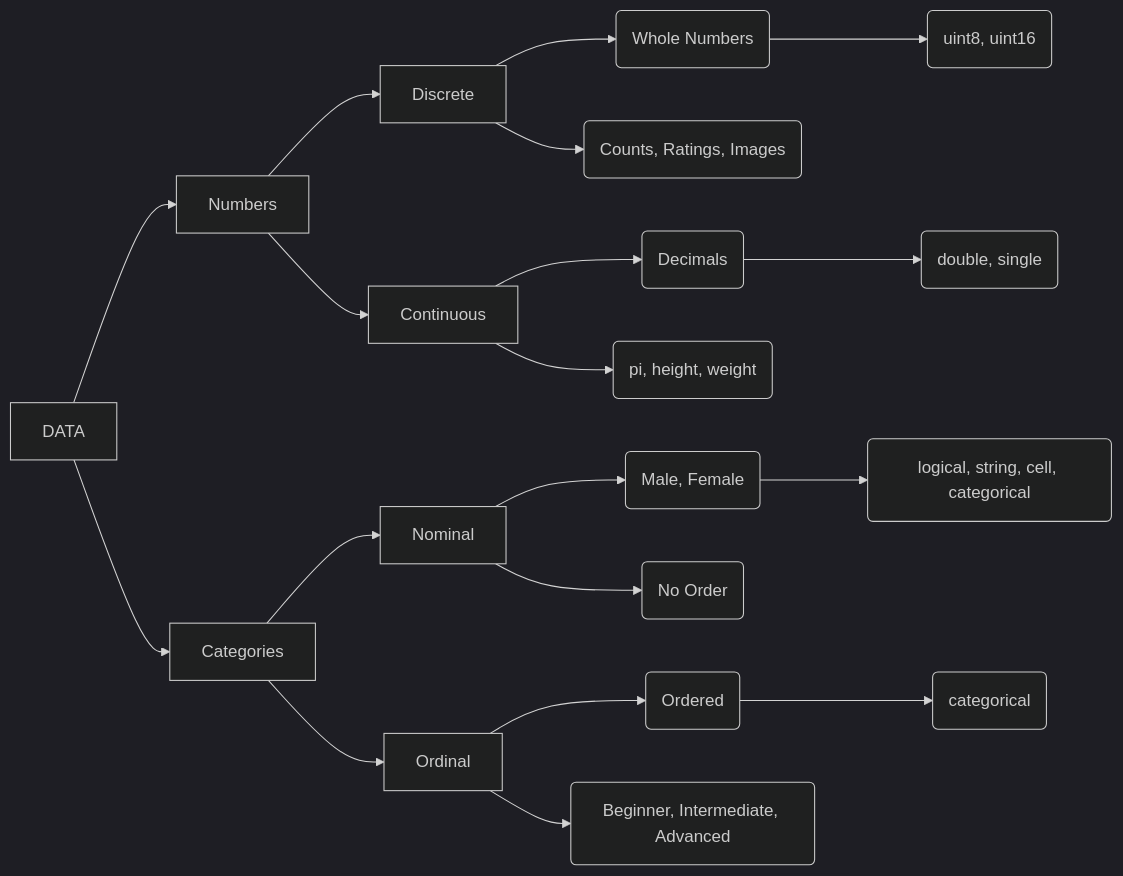
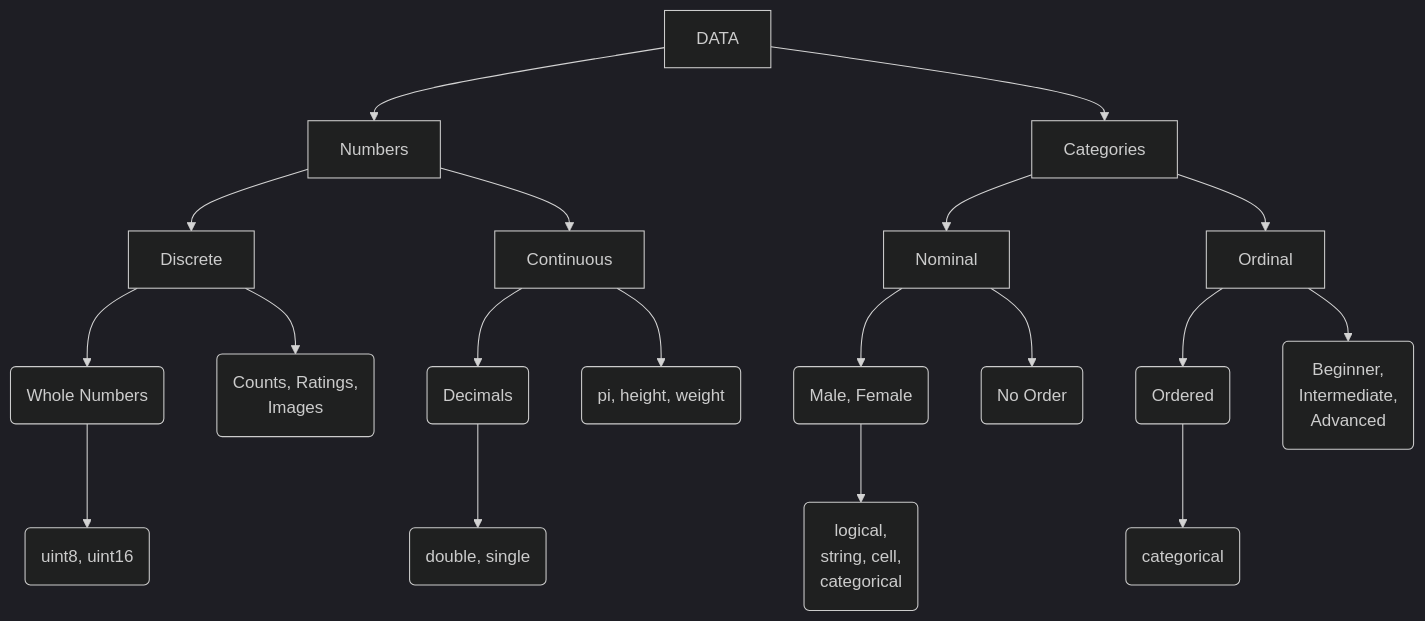
The diagram in docs/dataWrangling/dataTypes.md (salcedoe/MtMdocs), drawn with Mermaid (dark theme) before and after one commit. The commit also changed other lines of this file and 3 other files, not shown here.

````diff
--- a/docs/dataWrangling/dataTypes.md
+++ b/docs/dataWrangling/dataTypes.md
@@ -12,21 +12,26 @@
 ```mermaid
-graph LR
+graph TD
     A[DATA] --> B[Numbers];
     A[DATA] --> C[Categories];
     B --> D[Discrete];
     B --> E[Continuous];
     C --> F[Nominal];
     C --> G[Ordinal];
     E --> H(Decimals)
     E --> I(pi, height, weight)
     H --> R(double, single)
     D --> L(Whole Numbers)
-    D --> k(Counts, Ratings, Images)
+    D --> k("Counts, Ratings,
+     Images")
     L --> Q(uint8, uint16)
     F --> M(Male, Female)
     F --> N(No Order)
     G --> O(Ordered)
-    G --> P(Beginner, Intermediate, Advanced)
-    M --> S(logical, string, cell, categorical)
+    G --> P("Beginner,
+     Intermediate,
+     Advanced")
+    M --> S("logical,
+     string, cell,
+     categorical")
     O --> T(categorical)
 ```
````
